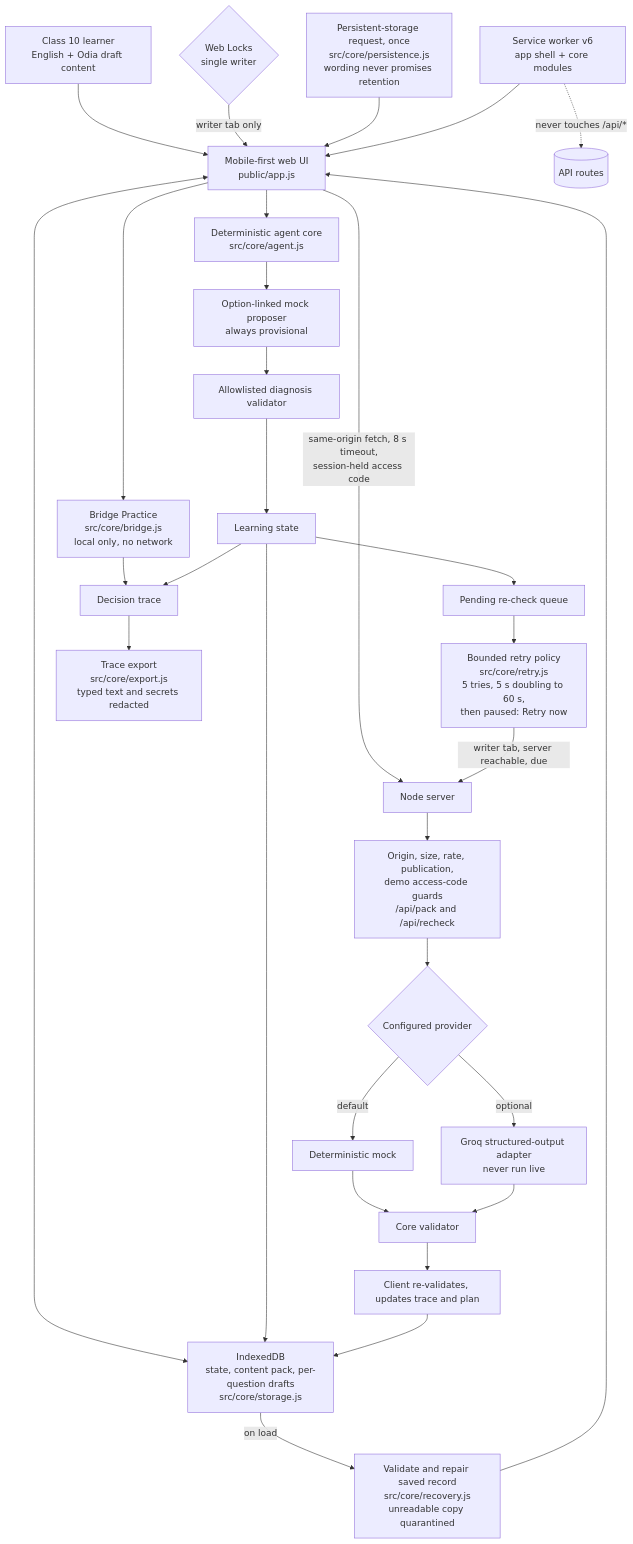
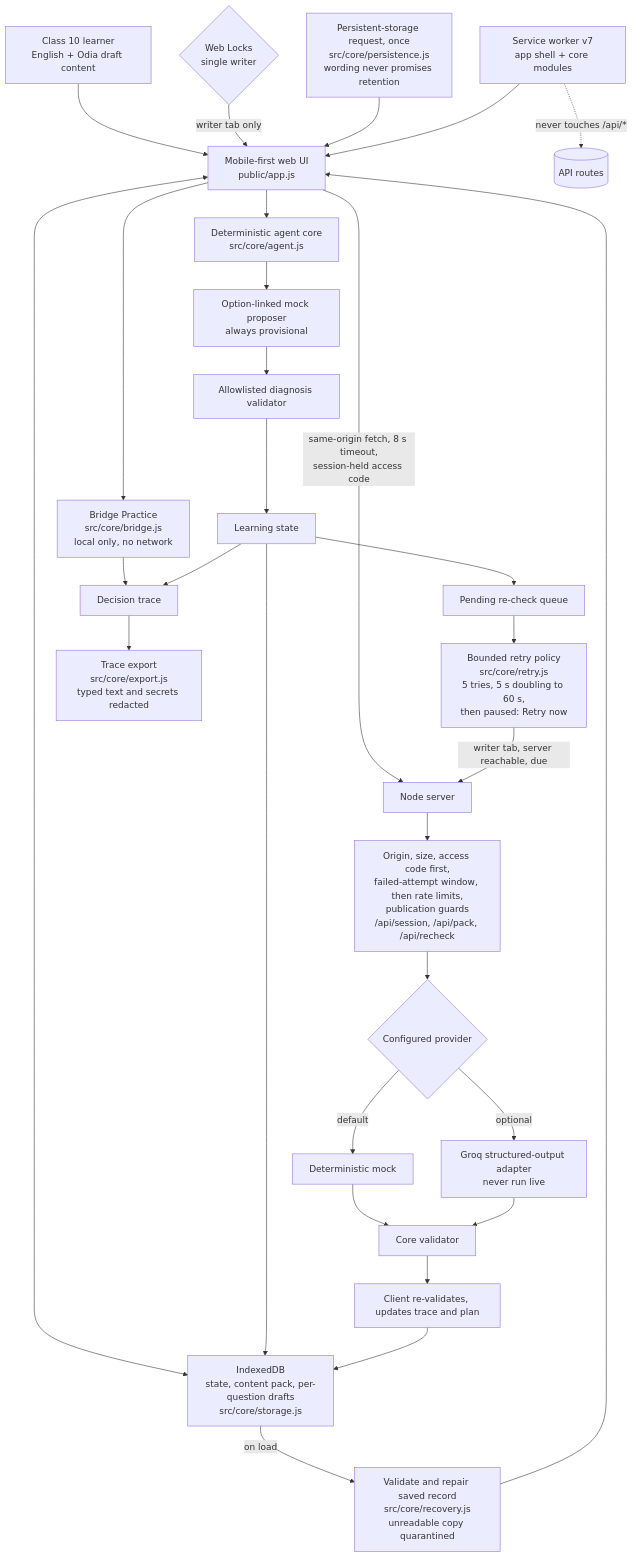
The diagram in docs/ARCHITECTURE.md (ankitanayak77/PathaSetu), drawn with Mermaid before and after one commit. The commit also changed other lines of this file and 31 other files, not shown here.

````diff
--- a/docs/ARCHITECTURE.md
+++ b/docs/ARCHITECTURE.md
@@ -5,32 +5,32 @@
 ```mermaid
 flowchart TD
     Learner[Class 10 learner<br/>English + Odia draft content] --> UI[Mobile-first web UI<br/>public/app.js]
     UI <--> Store[IndexedDB<br/>state, content pack, per-question drafts<br/>src/core/storage.js]
     Store -->|on load| Repair[Validate and repair saved record<br/>src/core/recovery.js<br/>unreadable copy quarantined]
     Repair --> UI
     UI --> Agent[Deterministic agent core<br/>src/core/agent.js]
     UI --> Bridge[Bridge Practice<br/>src/core/bridge.js<br/>local only, no network]
     Bridge --> Trace
     Agent --> Mock[Option-linked mock proposer<br/>always provisional]
     Mock --> Validator[Allowlisted diagnosis validator]
     Validator --> State[Learning state]
     State --> Trace[Decision trace]
     State --> Store
     State --> Queue[Pending re-check queue]
     Queue --> Retry[Bounded retry policy<br/>src/core/retry.js<br/>5 tries, 5 s doubling to 60 s,<br/>then paused: Retry now]
     Trace --> Export[Trace export<br/>src/core/export.js<br/>typed text and secrets redacted]
     Lock{Web Locks<br/>single writer} -->|writer tab only| UI
     Persist[Persistent-storage request, once<br/>src/core/persistence.js<br/>wording never promises retention] --> UI
-    SW[Service worker v6<br/>app shell + core modules] --> UI
+    SW[Service worker v7<br/>app shell + core modules] --> UI
     SW -.->|never touches /api/*| Routes[(API routes)]
     UI -->|same-origin fetch, 8 s timeout,<br/>session-held access code| Server[Node server]
     Retry -->|writer tab, server reachable, due| Server
-    Server --> Guard[Origin, size, rate, publication,<br/>demo access-code guards<br/>/api/pack and /api/recheck]
+    Server --> Guard[Origin, size, access code first,<br/>failed-attempt window, then rate limits,<br/>publication guards<br/>/api/session, /api/pack, /api/recheck]
     Guard --> Select{Configured provider}
     Select -->|default| ServerMock[Deterministic mock]
     Select -->|optional| Groq[Groq structured-output adapter<br/>never run live]
     ServerMock --> ServerValidate[Core validator]
     Groq --> ServerValidate
     ServerValidate --> Recheck[Client re-validates, updates trace and plan]
     Recheck --> Store
 ```
````
